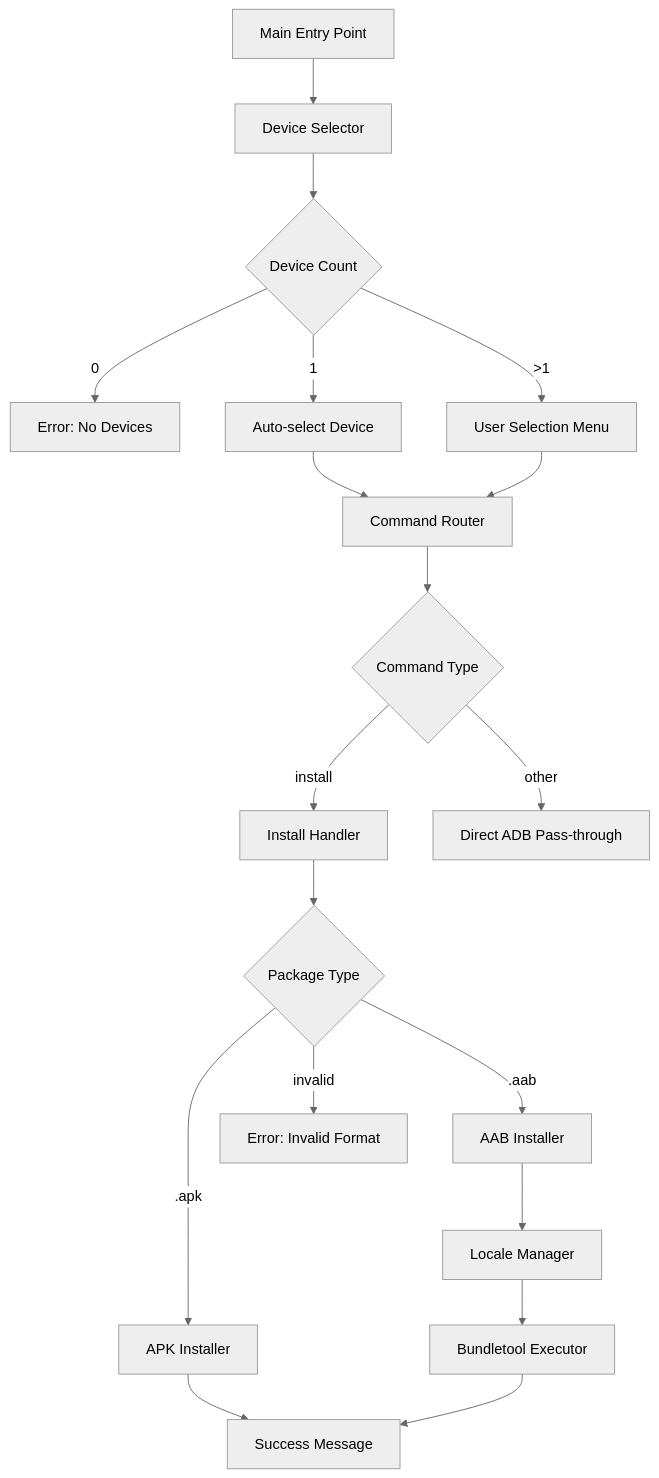
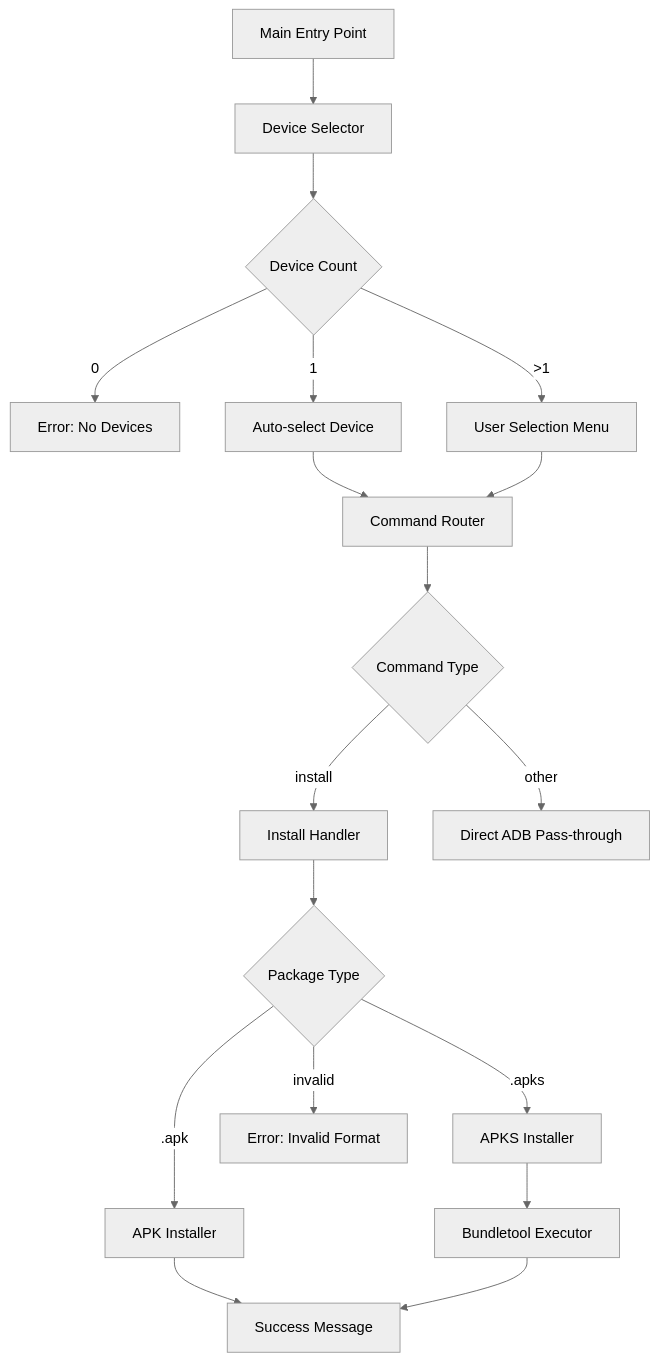
One commit to 14ag/adb-wrapper changed the diagram in .kiro/specs/adb-wrapper-system/design.md. Above: the diagram before and after it, drawn with Mermaid (neutral theme). The commit also changed other lines of this file and 26 other files, not shown here.

````diff
--- a/.kiro/specs/adb-wrapper-system/design.md
+++ b/.kiro/specs/adb-wrapper-system/design.md
@@ -21,21 +21,20 @@
 ```mermaid
 graph TD
     A[Main Entry Point] --> B[Device Selector]
     B --> C{Device Count}
     C -->|0| D[Error: No Devices]
     C -->|1| E[Auto-select Device]
     C -->|>1| F[User Selection Menu]
     E --> G[Command Router]
     F --> G
     G --> H{Command Type}
     H -->|install| I[Install Handler]
     H -->|other| J[Direct ADB Pass-through]
     I --> K{Package Type}
     K -->|.apk| L[APK Installer]
-    K -->|.aab| M[AAB Installer]
+    K -->|.apks| M[APKS Installer]
     K -->|invalid| N[Error: Invalid Format]
-    M --> O[Locale Manager]
-    O --> P[Bundletool Executor]
-    L --> Q[Success Message]
-    P --> Q
+    L --> O[Success Message]
+    M --> P[Bundletool Executor]
+    P --> O
 ```
````
